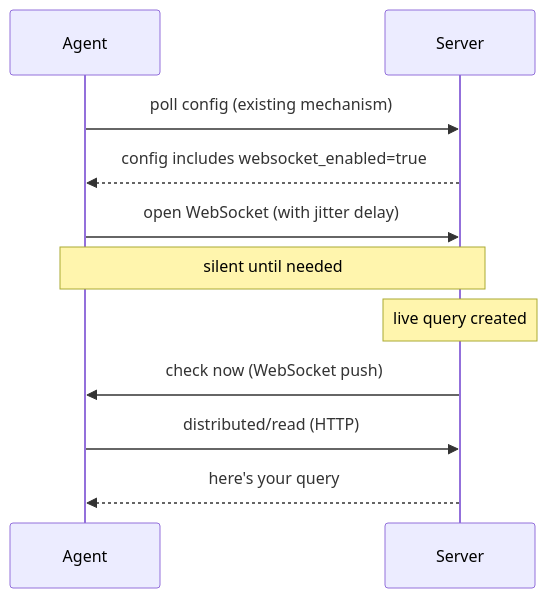
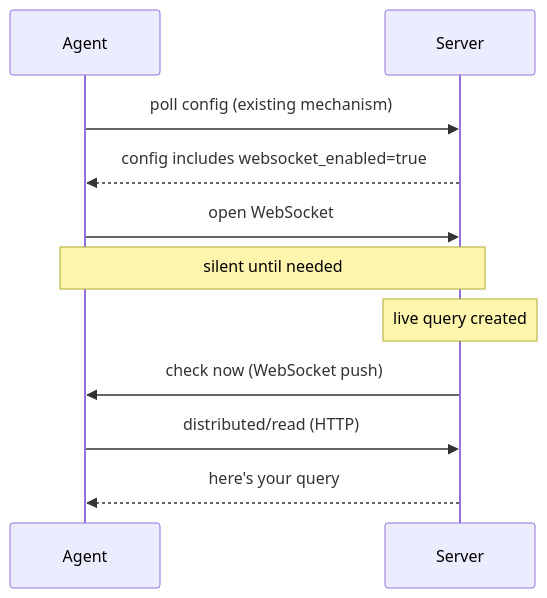
The second of 4 diagrams in docs/Contributing/adr/0011-agent-websocket-transport.md (fleetdm/fleet), drawn with Mermaid before and after one commit. The commit also changed other lines of this file, not shown here.

Commit message:
Add policies, labels, detail queries cron to main diagram

````diff
--- a/docs/Contributing/adr/0011-agent-websocket-transport.md
+++ b/docs/Contributing/adr/0011-agent-websocket-transport.md
@@ -70,15 +70,15 @@
 ```mermaid
 sequenceDiagram
     participant Agent
     participant Server
 
     Agent->>Server: poll config (existing mechanism)
     Server-->>Agent: config includes websocket_enabled=true
-    Agent->>Server: open WebSocket (with jitter delay)
+    Agent->>Server: open WebSocket
     Note over Agent,Server: silent until needed
 
     Note over Server: live query created
     Server->>Agent: check now (WebSocket push)
     Agent->>Server: distributed/read (HTTP)
     Server-->>Agent: here's your query
 ```
````
